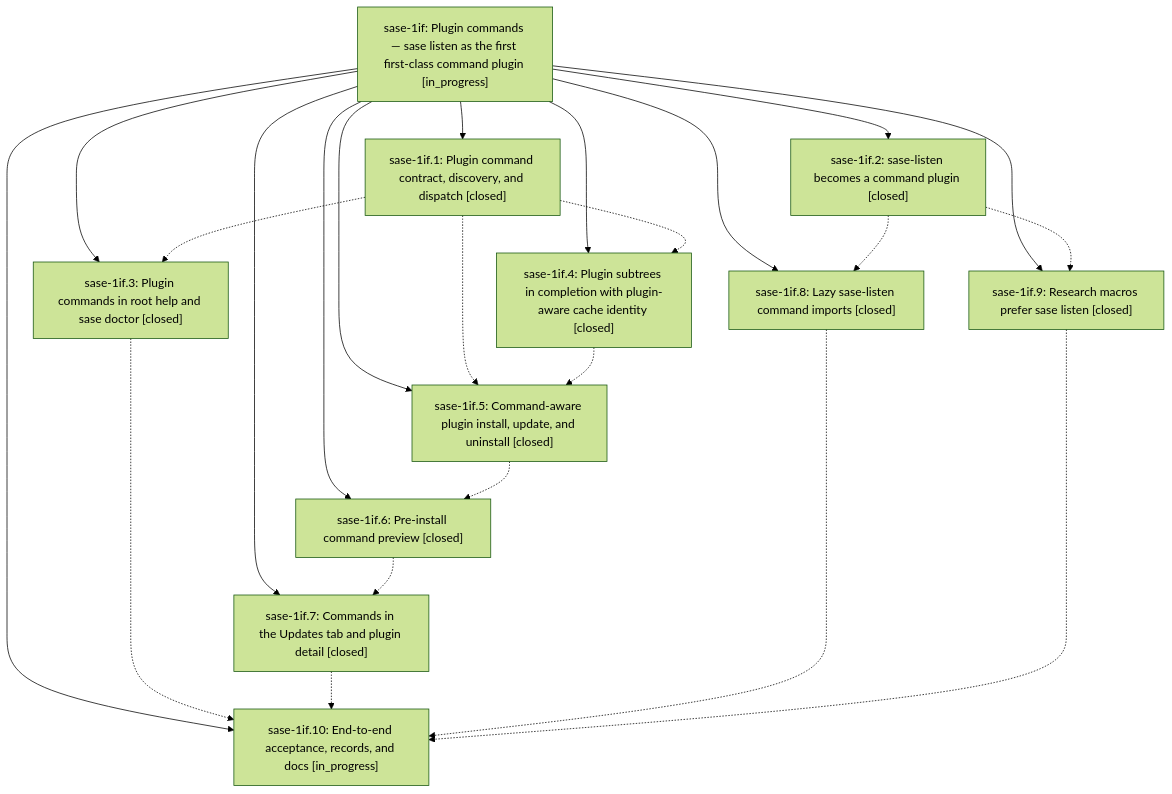
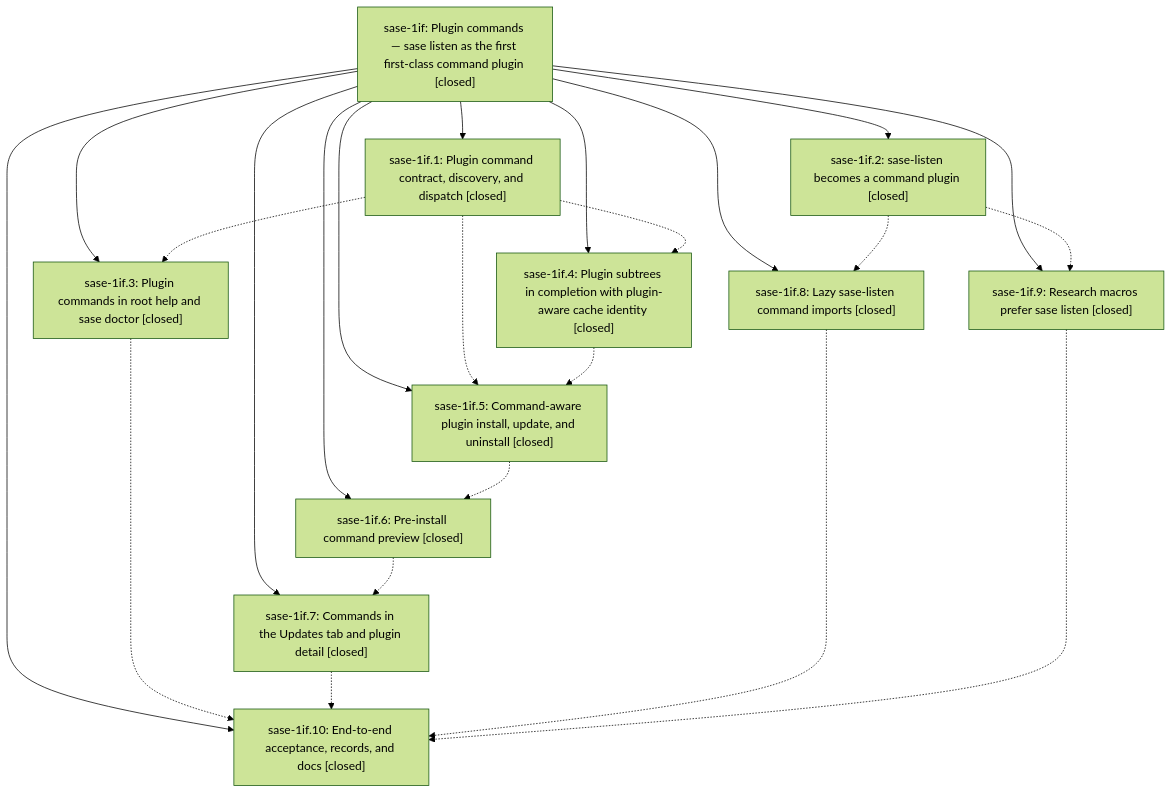
The diagram in pages/sase-1if/README.md (sase-org/sase--beads), drawn with Mermaid (forest theme) before and after one commit. The commit also changed other lines of this file and 5 other files, not shown here.

````diff
--- a/pages/sase-1if/README.md
+++ b/pages/sase-1if/README.md
@@ -56,36 +58,36 @@
 ```mermaid
 flowchart TD
-    n0["sase-1if: Plugin commands — sase listen as the first first-class command plugin [in_progress]"]
+    n0["sase-1if: Plugin commands — sase listen as the first first-class command plugin [closed]"]
     n1["sase-1if.1: Plugin command contract, discovery, and dispatch [closed]"]
-    n2["sase-1if.10: End-to-end acceptance, records, and docs [in_progress]"]
+    n2["sase-1if.10: End-to-end acceptance, records, and docs [closed]"]
     n3["sase-1if.2: sase-listen becomes a command plugin [closed]"]
     n4["sase-1if.3: Plugin commands in root help and sase doctor [closed]"]
     n5["sase-1if.4: Plugin subtrees in completion with plugin-aware cache identity [closed]"]
     n6["sase-1if.5: Command-aware plugin install, update, and uninstall [closed]"]
     n7["sase-1if.6: Pre-install command preview [closed]"]
     n8["sase-1if.7: Commands in the Updates tab and plugin detail [closed]"]
     n9["sase-1if.8: Lazy sase-listen command imports [closed]"]
     n10["sase-1if.9: Research macros prefer sase listen [closed]"]
     n0 --> n1
     n0 --> n2
     n0 --> n3
     n0 --> n4
     n0 --> n5
     n0 --> n6
     n0 --> n7
     n0 --> n8
     n0 --> n9
     n0 --> n10
     n1 -.-> n4
     n1 -.-> n5
     n1 -.-> n6
     n3 -.-> n9
     n3 -.-> n10
     n4 -.-> n2
     n5 -.-> n6
     n6 -.-> n7
     n7 -.-> n8
     n8 -.-> n2
     n9 -.-> n2
     n10 -.-> n2
 ```
````
